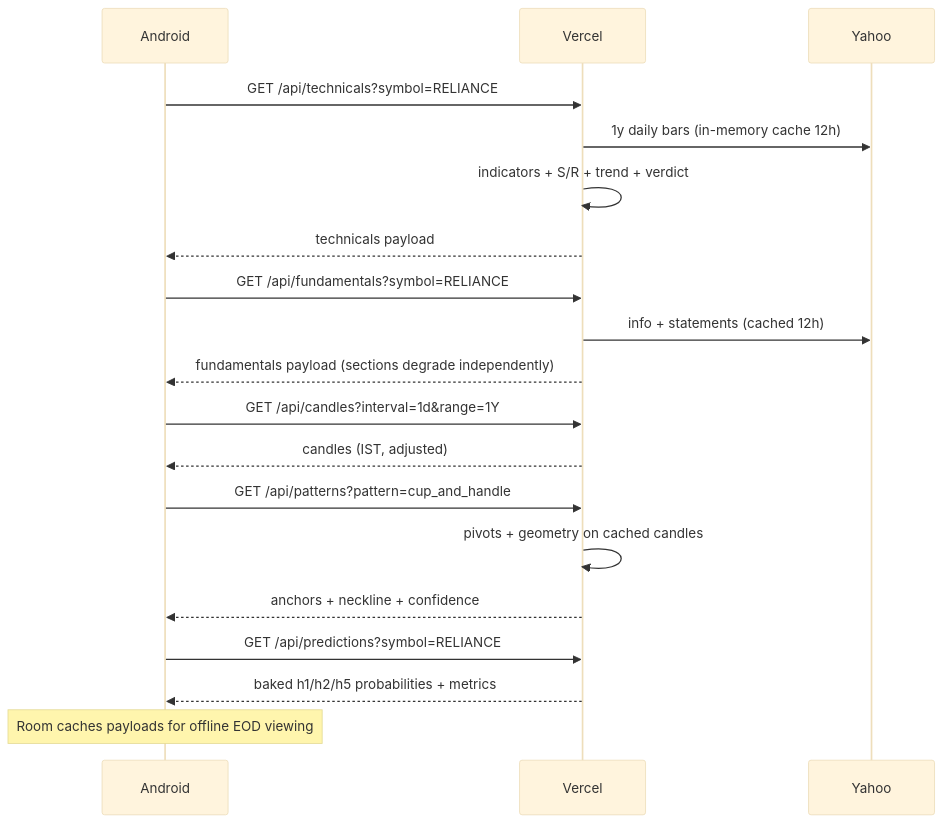
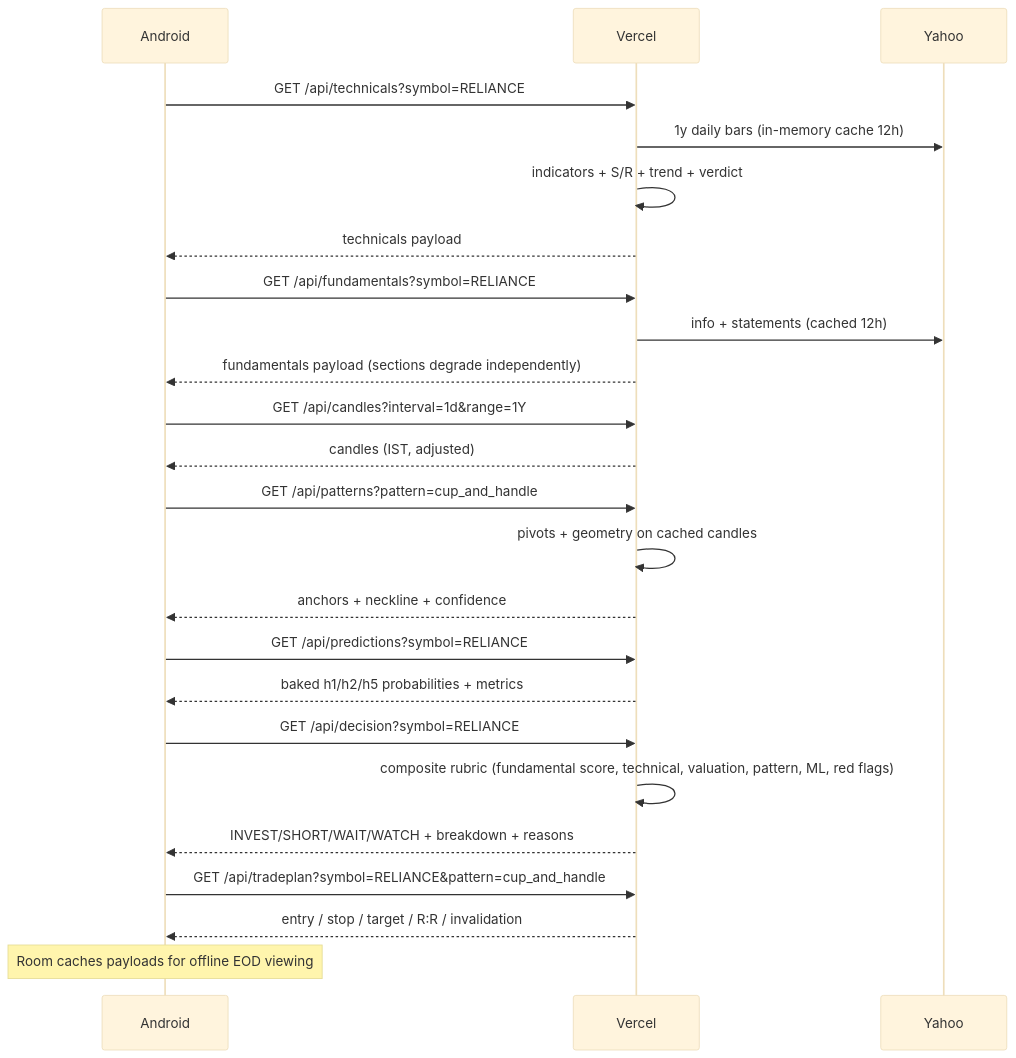
The fourth of 6 diagrams in design/plan.md (5r1n1dh1/TechnicalPatternAnalysis), drawn with Mermaid (base theme) before and after one commit. The commit also changed other lines of this file and 2 other files, not shown here.

Commit message:
Integrate curated book: decision engine, valuation+DCF, trade plans, structure rules, book-spec distillation

````diff
--- a/design/plan.md
+++ b/design/plan.md
@@ -398,25 +431,30 @@
 ```mermaid
 sequenceDiagram
     participant A as Android
     participant V as Vercel
     participant Y as Yahoo
 
     A->>V: GET /api/technicals?symbol=RELIANCE
     V->>Y: 1y daily bars (in-memory cache 12h)
     V->>V: indicators + S/R + trend + verdict
     V-->>A: technicals payload
 
     A->>V: GET /api/fundamentals?symbol=RELIANCE
     V->>Y: info + statements (cached 12h)
     V-->>A: fundamentals payload (sections degrade independently)
 
     A->>V: GET /api/candles?interval=1d&range=1Y
     V-->>A: candles (IST, adjusted)
     A->>V: GET /api/patterns?pattern=cup_and_handle
     V->>V: pivots + geometry on cached candles
     V-->>A: anchors + neckline + confidence
 
     A->>V: GET /api/predictions?symbol=RELIANCE
     V-->>A: baked h1/h2/h5 probabilities + metrics
+    A->>V: GET /api/decision?symbol=RELIANCE
+    V->>V: composite rubric (fundamental score, technical, valuation, pattern, ML, red flags)
+    V-->>A: INVEST/SHORT/WAIT/WATCH + breakdown + reasons
+    A->>V: GET /api/tradeplan?symbol=RELIANCE&pattern=cup_and_handle
+    V-->>A: entry / stop / target / R:R / invalidation
     Note over A: Room caches payloads for offline EOD viewing
 ```
````
